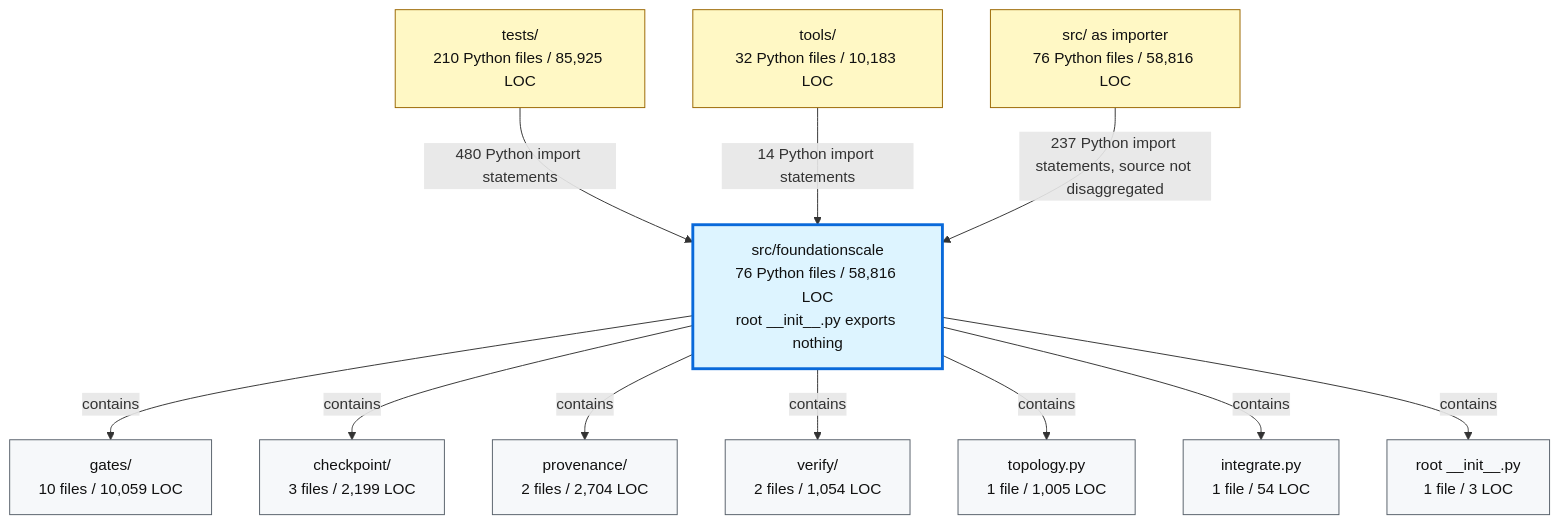
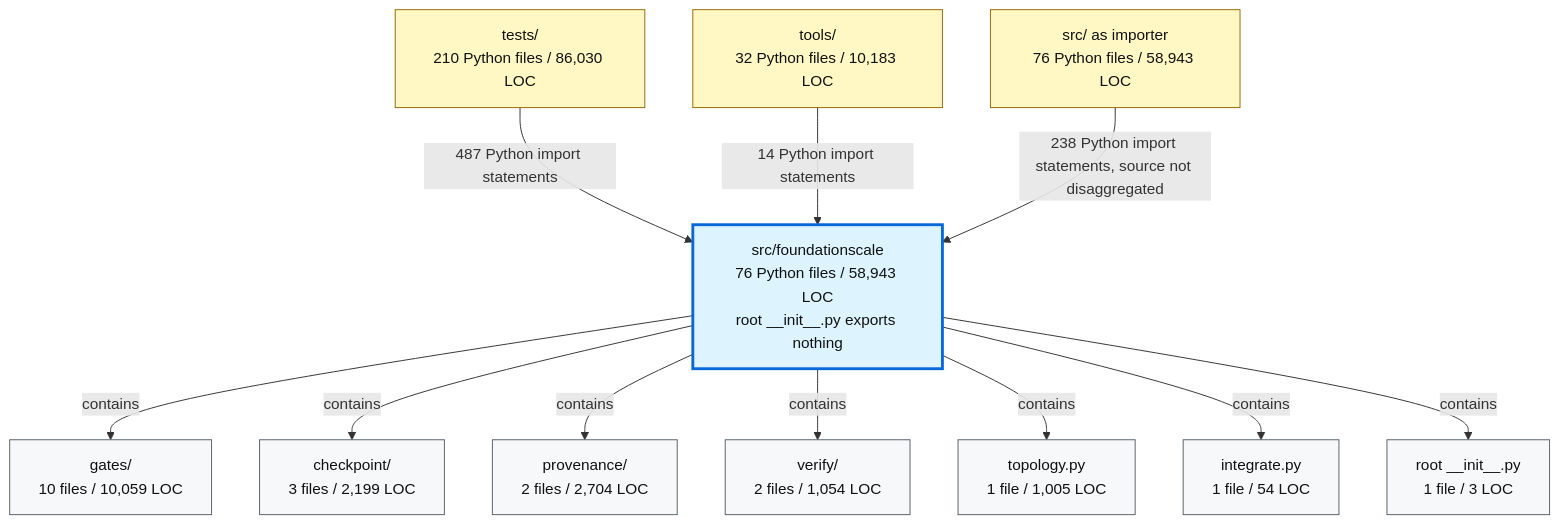
One commit to TranNhiem/FoundationScale changed the second of 2 diagrams in docs/review/D2_current_architecture.md. Above: the diagram before and after it, drawn with Mermaid. The commit also changed other lines of this file and 18 other files, not shown here.

````diff
--- a/docs/review/D2_current_architecture.md
+++ b/docs/review/D2_current_architecture.md
@@ -97,36 +97,36 @@
 ```mermaid
 flowchart TB
-  TESTS["tests/<br/>210 Python files / 85,925 LOC"]
+  TESTS["tests/<br/>210 Python files / 86,030 LOC"]
   TOOLS["tools/<br/>32 Python files / 10,183 LOC"]
-  SRC["src/ as importer<br/>76 Python files / 58,816 LOC"]
+  SRC["src/ as importer<br/>76 Python files / 58,943 LOC"]
 
-  FS["src/foundationscale<br/>76 Python files / 58,816 LOC<br/>root __init__.py exports nothing"]
+  FS["src/foundationscale<br/>76 Python files / 58,943 LOC<br/>root __init__.py exports nothing"]
 
   GATES["gates/<br/>10 files / 10,059 LOC"]
   CKPT["checkpoint/<br/>3 files / 2,199 LOC"]
   PROV["provenance/<br/>2 files / 2,704 LOC"]
   VERIFY["verify/<br/>2 files / 1,054 LOC"]
   TOPO["topology.py<br/>1 file / 1,005 LOC"]
   INTEG["integrate.py<br/>1 file / 54 LOC"]
   ROOT["root __init__.py<br/>1 file / 3 LOC"]
 
-  TESTS -->|"480 Python import statements"| FS
+  TESTS -->|"487 Python import statements"| FS
   TOOLS -->|"14 Python import statements"| FS
-  SRC -->|"237 Python import statements, source not disaggregated"| FS
+  SRC -->|"238 Python import statements, source not disaggregated"| FS
 
   FS -->|"contains"| GATES
   FS -->|"contains"| CKPT
   FS -->|"contains"| PROV
   FS -->|"contains"| VERIFY
   FS -->|"contains"| TOPO
   FS -->|"contains"| INTEG
   FS -->|"contains"| ROOT
 
   classDef consumer fill:#fff8c5,stroke:#9a6700,color:#111;
   classDef package fill:#ddf4ff,stroke:#0969da,stroke-width:3px,color:#111;
   classDef module fill:#f6f8fa,stroke:#57606a,color:#111;
 
   class TESTS,TOOLS,SRC consumer;
   class FS package;
   class GATES,CKPT,PROV,VERIFY,TOPO,INTEG,ROOT module;
 ```
````
